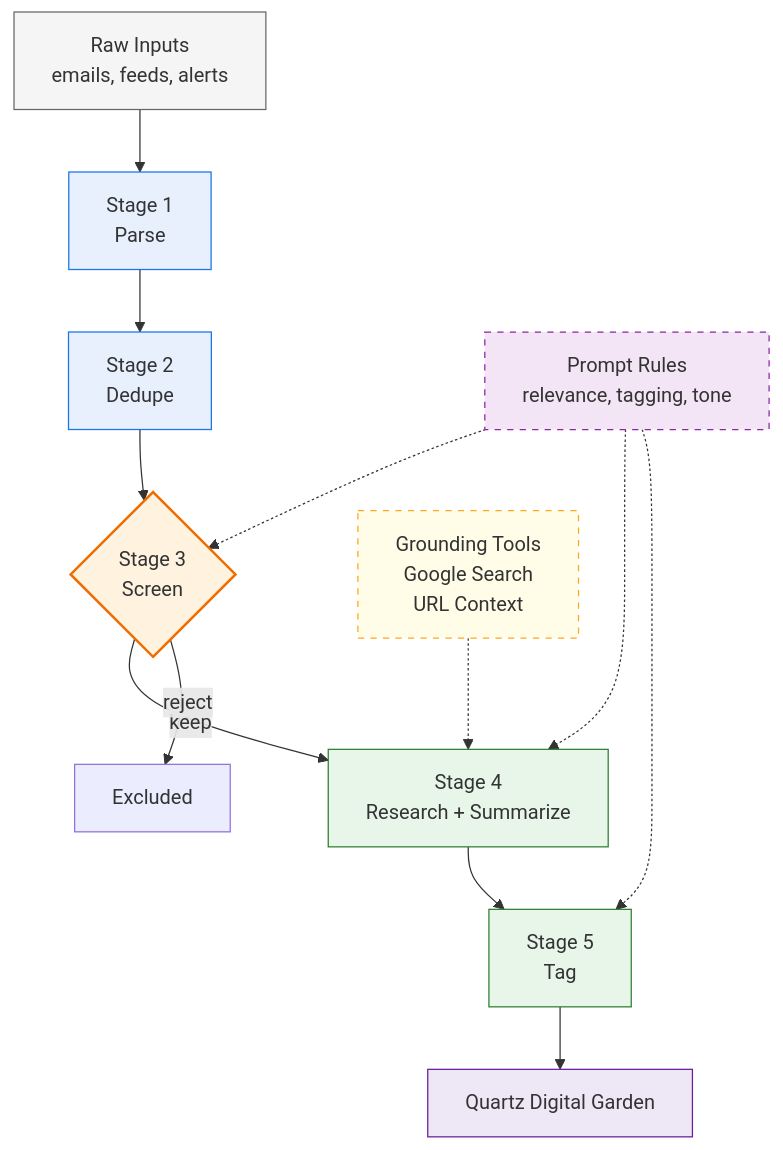
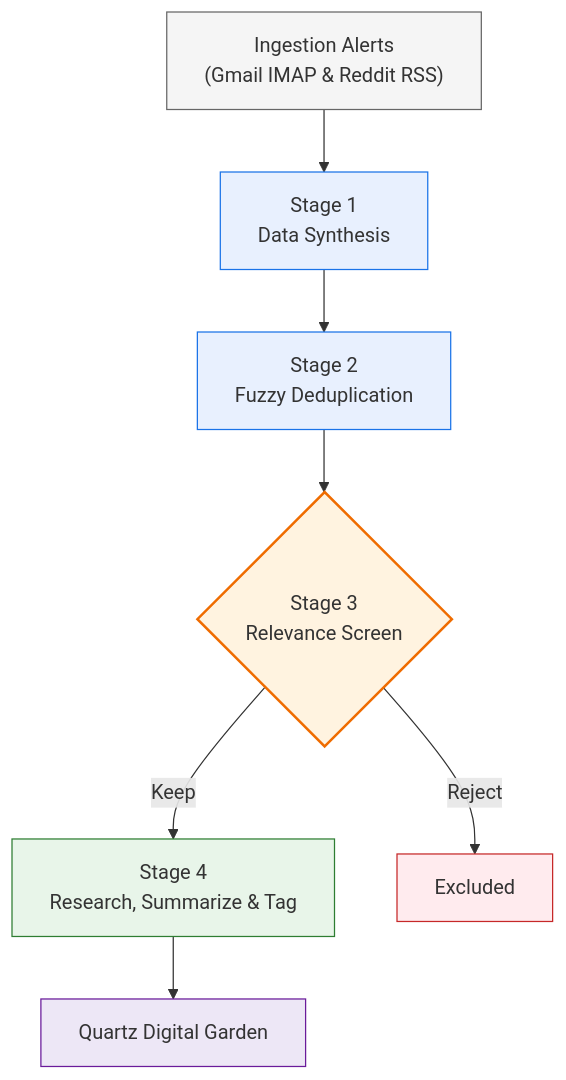
The diagram in README.md (Hanneseh/ME-CFS-Research-Summaries), drawn with Mermaid before and after one commit. The commit also changed other lines of this file and 40 other files, not shown here.

Commit message:
feat(pipeline): optimize synthesis, fuzzy deduplication, and stage 4/5 merging; update inclusion rules and add 28 summaries

````diff
--- a/README.md
+++ b/README.md
@@ -59,27 +59,17 @@
 ```mermaid
 flowchart TD
-    A["Raw Inputs<br/>emails, feeds, alerts"] --> B["Stage 1<br/>Parse"]
-    B --> C["Stage 2<br/>Dedupe"]
-    C --> D{"Stage 3<br/>Screen"}
+    Ingest["Ingestion Alerts<br/>(Gmail IMAP & Reddit RSS)"] --> S1["Stage 1<br/>Data Synthesis"]
+    S1 --> S2["Stage 2<br/>Fuzzy Deduplication"]
+    S2 --> S3{"Stage 3<br/>Relevance Screen"}
+    S3 -- Keep --> S4["Stage 4<br/>Research, Summarize & Tag"]
+    S3 -- Reject --> Ex["Excluded"]
+    S4 --> Quartz["Quartz Digital Garden"]
 
-    D -- keep --> E["Stage 4<br/>Research + Summarize"]
-    D -- reject --> X["Excluded"]
-
-    E --> F["Stage 5<br/>Tag"]
-    F --> G["Quartz Digital Garden"]
-
-    H["Grounding Tools<br/>Google Search<br/>URL Context"] -.-> E
-    I["Prompt Rules<br/>relevance, tagging, tone"] -.-> D
-    I -.-> E
-    I -.-> F
-
-    style A fill:#f5f5f5,stroke:#666,stroke-width:1px
-    style B fill:#e8f0fe,stroke:#1a73e8,stroke-width:1px
-    style C fill:#e8f0fe,stroke:#1a73e8,stroke-width:1px
-    style D fill:#fff3e0,stroke:#ef6c00,stroke-width:2px
-    style E fill:#e8f5e9,stroke:#2e7d32,stroke-width:1px
-    style F fill:#e8f5e9,stroke:#2e7d32,stroke-width:1px
-    style G fill:#ede7f6,stroke:#6a1b9a,stroke-width:1px
-    style H fill:#fffde7,stroke:#f9a825,stroke-width:1px,stroke-dasharray: 5 5
-    style I fill:#f3e5f5,stroke:#8e24aa,stroke-width:1px,stroke-dasharray: 5 5
+    style Ingest fill:#f5f5f5,stroke:#666,stroke-width:1px
+    style S1 fill:#e8f0fe,stroke:#1a73e8,stroke-width:1px
+    style S2 fill:#e8f0fe,stroke:#1a73e8,stroke-width:1px
+    style S3 fill:#fff3e0,stroke:#ef6c00,stroke-width:2px
+    style S4 fill:#e8f5e9,stroke:#2e7d32,stroke-width:1px
+    style Ex fill:#ffebee,stroke:#c62828,stroke-width:1px
+    style Quartz fill:#ede7f6,stroke:#6a1b9a,stroke-width:1px
 ```
````
